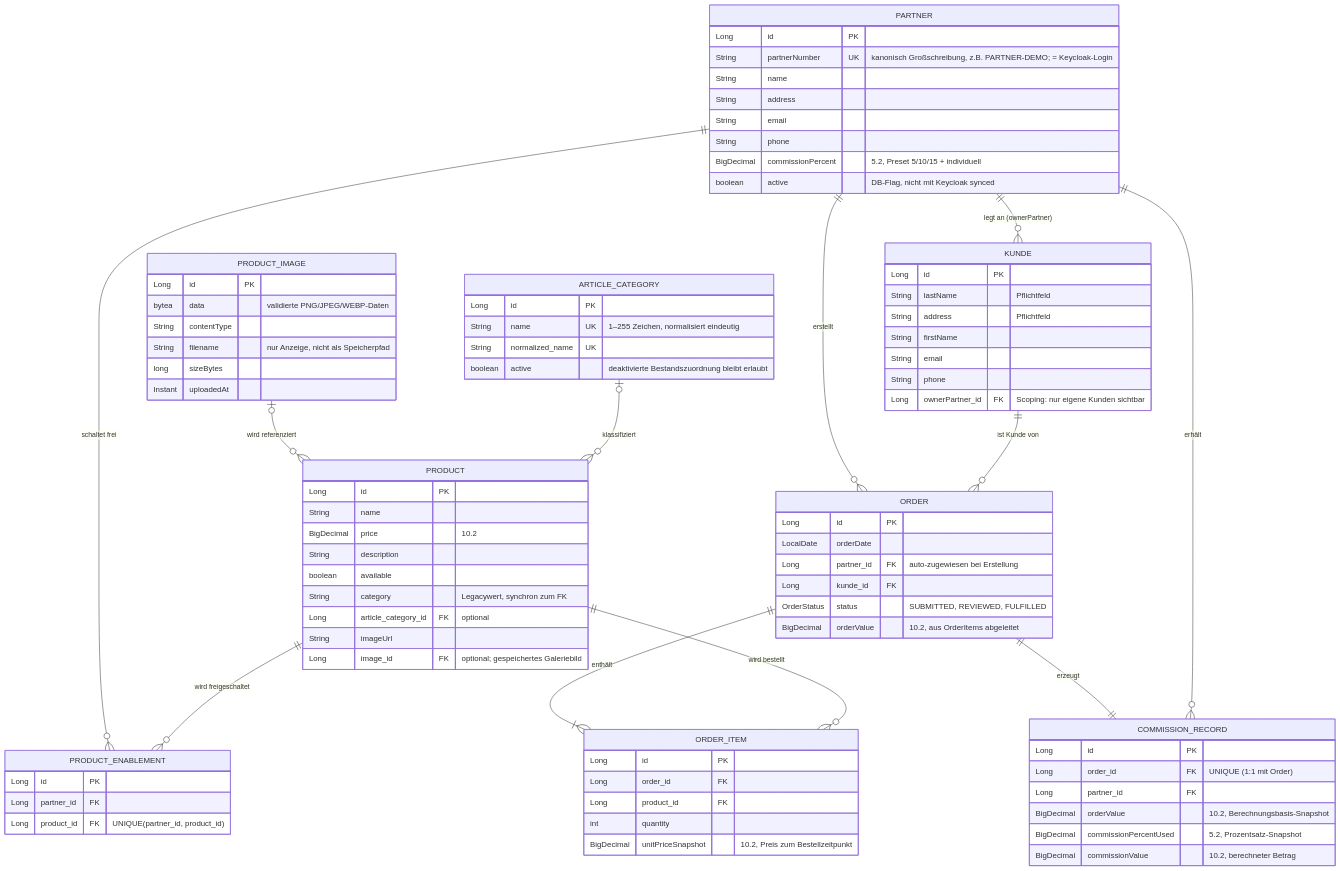
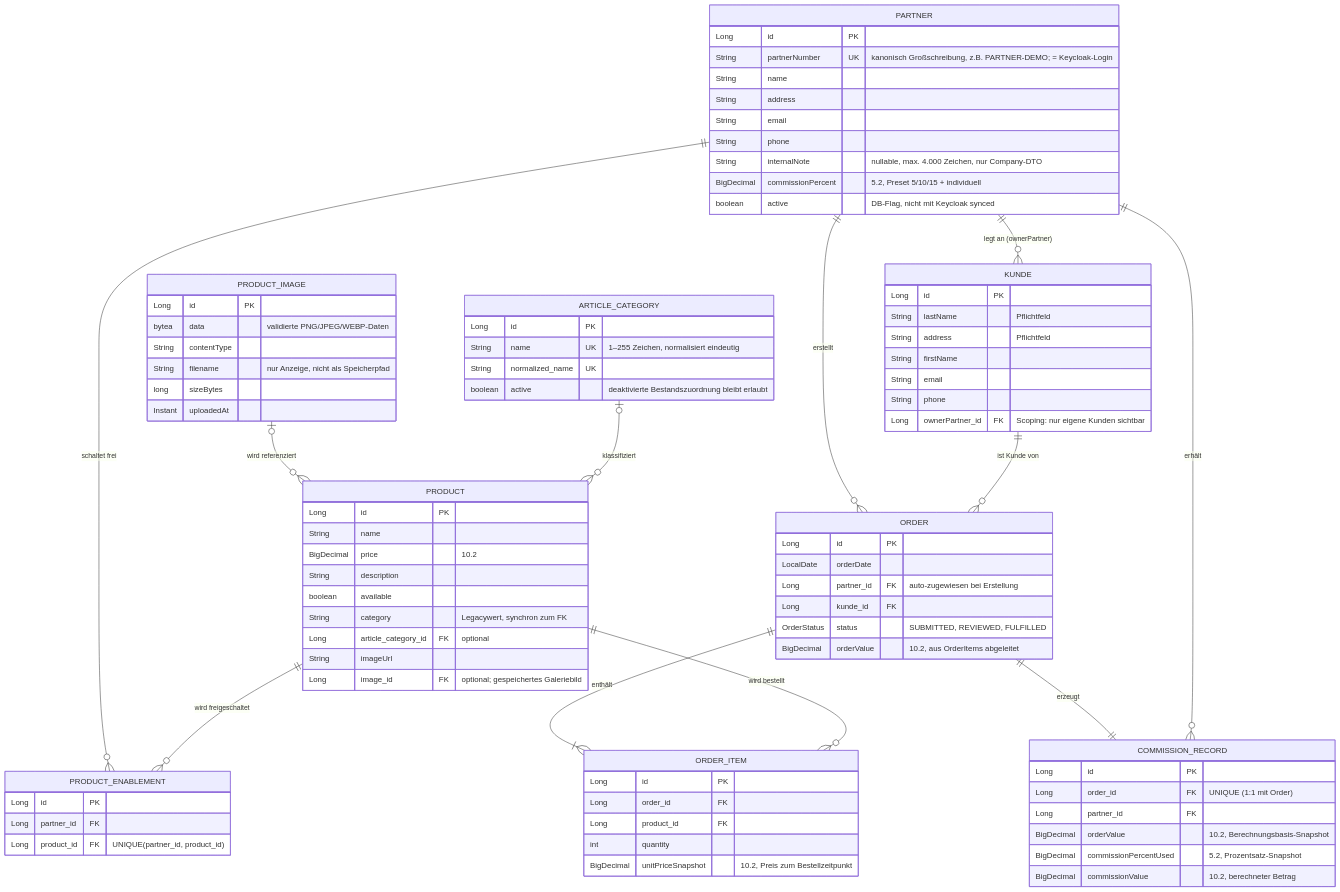
One commit to Chris-Vahram/diplomarbeit-papo changed the diagram in docs/DATA_MODEL.md. Above: the diagram before and after it, drawn with Mermaid. The commit also changed other lines of this file and 10 other files, not shown here.

Commit message:
feat: add company internal partner note

```diff
--- a/docs/DATA_MODEL.md
+++ b/docs/DATA_MODEL.md
@@ -28,6 +28,7 @@
         String address
         String email
         String phone
+        String internalNote "nullable, max. 4.000 Zeichen, nur Company-DTO"
         BigDecimal commissionPercent "5.2, Preset 5/10/15 + individuell"
         boolean active "DB-Flag, nicht mit Keycloak synced"
     }
```
